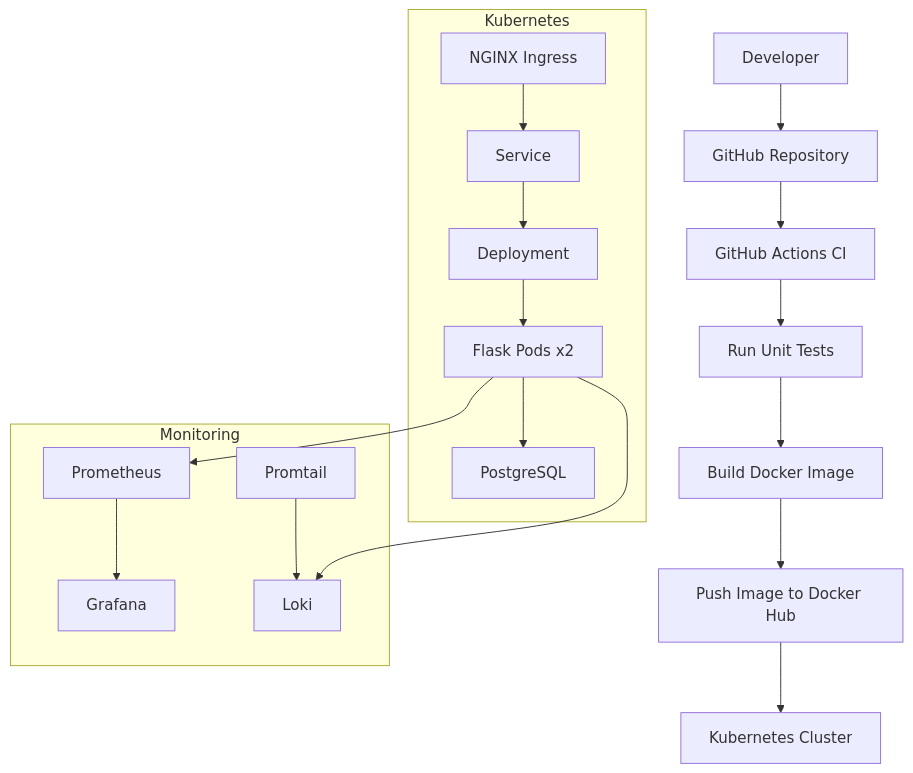
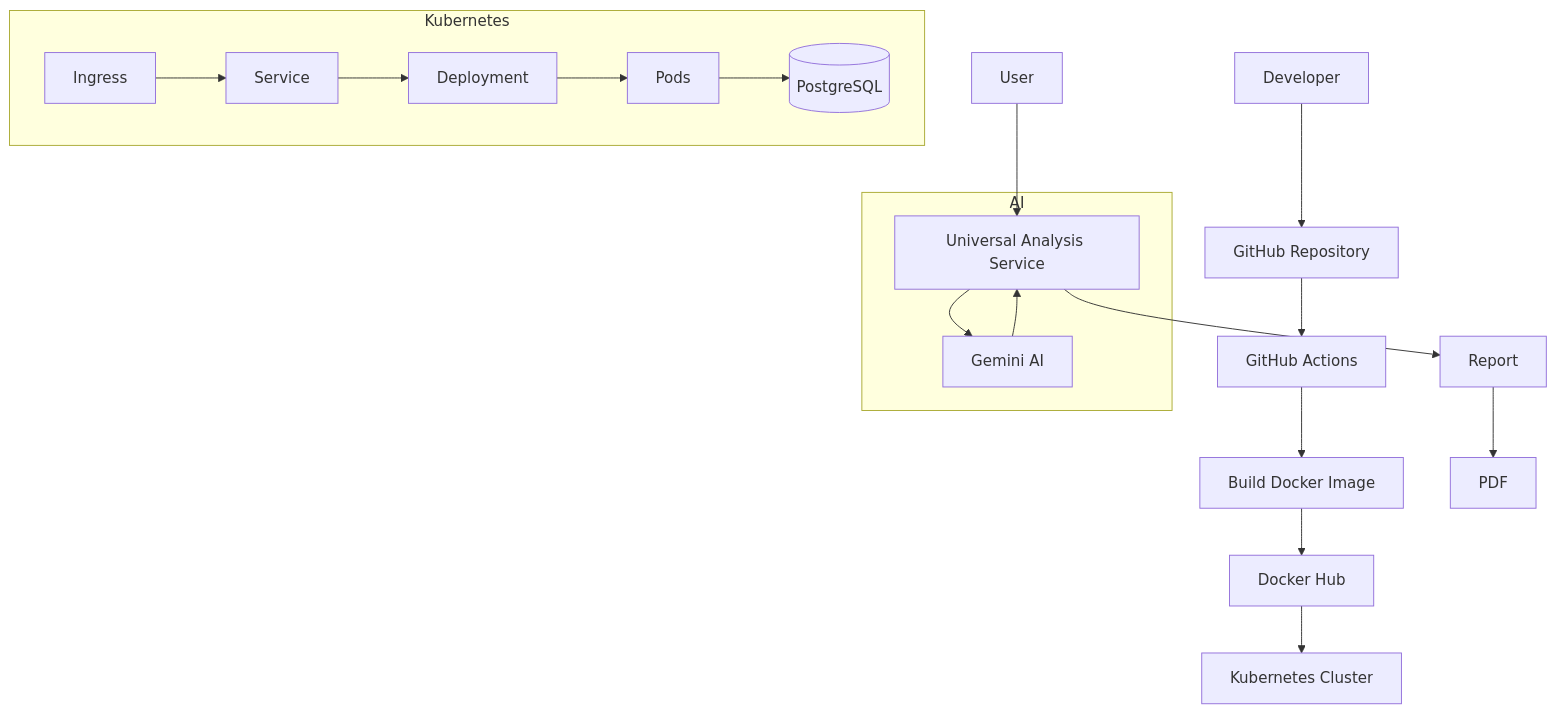
Before and after one commit to sarthakrajput17/ops-pilot: the diagram in README.md, drawn with Mermaid. The commit also changed other lines of this file and 4 other files, not shown here.

````diff
--- a/README.md
+++ b/README.md
@@ -44,37 +52,54 @@
 ```mermaid
 flowchart TD
 
-A[Developer] --> B[GitHub Repository]
-B --> C[GitHub Actions CI]
+A[Developer]
+--> B[GitHub Repository]
 
-C --> D[Run Unit Tests]
-D --> E[Build Docker Image]
-E --> F[Push Image to Docker Hub]
+B --> C[GitHub Actions]
 
-F --> G[Kubernetes Cluster]
+C --> D[Build Docker Image]
+
+D --> E[Docker Hub]
+
+E --> F[Kubernetes Cluster]
 
 subgraph Kubernetes
-H[NGINX Ingress]
-I[Service]
-J[Deployment]
-K[Flask Pods x2]
-L[PostgreSQL]
+
+G[Ingress]
+
+H[Service]
+
+I[Deployment]
+
+J[Pods]
+
+K[(PostgreSQL)]
+
+end
+
+G --> H
 
 H --> I
+
 I --> J
+
 J --> K
-K --> L
+
+subgraph AI
+
+L[Universal Analysis Service]
+
+M[Gemini AI]
+
 end
 
-subgraph Monitoring
-M[Prometheus]
-N[Grafana]
-O[Loki]
-P[Promtail]
-end
+User --> L
 
-K --> M
-K --> O
-P --> O
-M --> N
+L --> M
+
+M --> L
+
+L --> Report
+
+Report --> PDF
 ```
````
